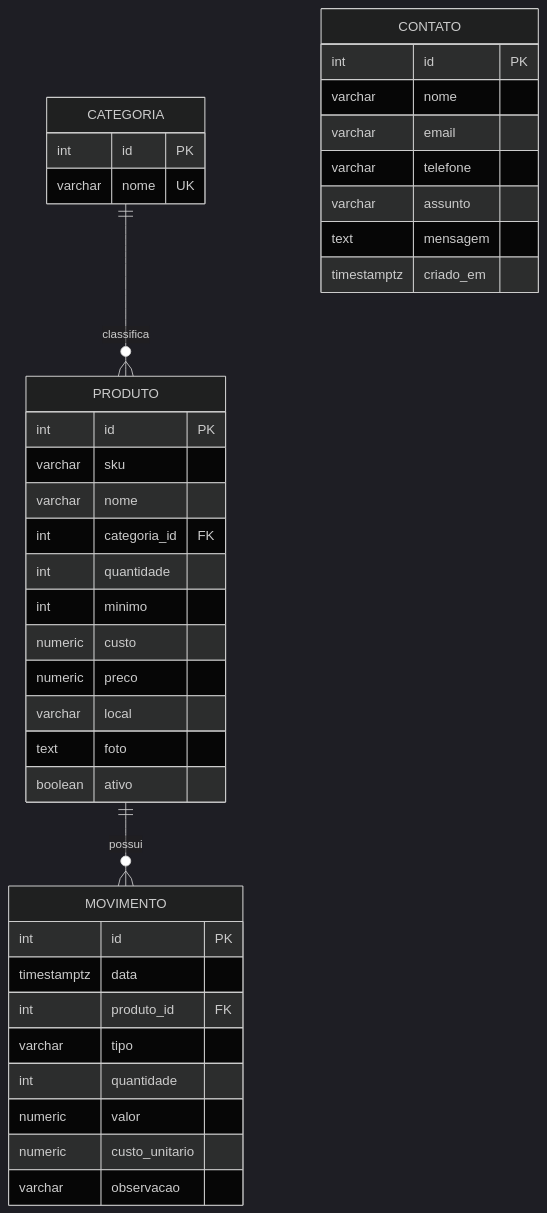
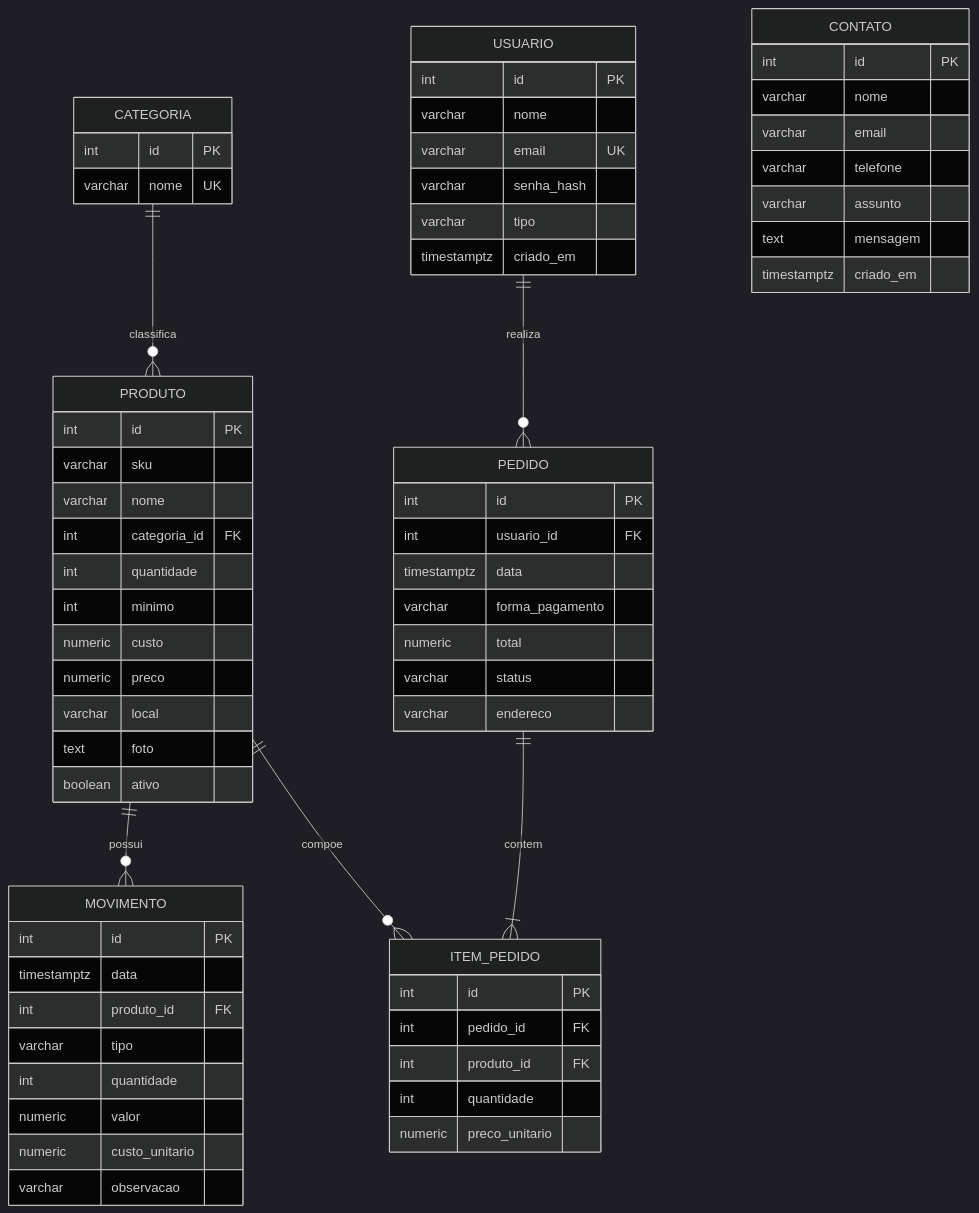
The diagram in docs/der.md (natanlira10/TecnoCaixa01), drawn with Mermaid (dark theme) before and after one commit. The commit also changed other lines of this file and 17 other files, not shown here.

````diff
--- a/docs/der.md
+++ b/docs/der.md
@@ -7,42 +7,69 @@
 ```mermaid
 erDiagram
     CATEGORIA ||--o{ PRODUTO : classifica
     PRODUTO   ||--o{ MOVIMENTO : possui
+    USUARIO   ||--o{ PEDIDO : realiza
+    PEDIDO    ||--|{ ITEM_PEDIDO : contem
+    PRODUTO   ||--o{ ITEM_PEDIDO : compoe
 
     CATEGORIA {
         int id PK
         varchar nome UK
     }
     PRODUTO {
         int id PK
         varchar sku
         varchar nome
         int categoria_id FK
         int quantidade
         int minimo
         numeric custo
         numeric preco
         varchar local
         text foto
         boolean ativo
     }
     MOVIMENTO {
         int id PK
         timestamptz data
         int produto_id FK
         varchar tipo
         int quantidade
         numeric valor
         numeric custo_unitario
         varchar observacao
     }
+    USUARIO {
+        int id PK
+        varchar nome
+        varchar email UK
+        varchar senha_hash
+        varchar tipo
+        timestamptz criado_em
+    }
+    PEDIDO {
+        int id PK
+        int usuario_id FK
+        timestamptz data
+        varchar forma_pagamento
+        numeric total
+        varchar status
+        varchar endereco
+    }
+    ITEM_PEDIDO {
+        int id PK
+        int pedido_id FK
+        int produto_id FK
+        int quantidade
+        numeric preco_unitario
+    }
     CONTATO {
         int id PK
         varchar nome
         varchar email
         varchar telefone
         varchar assunto
         text mensagem
         timestamptz criado_em
     }
 ```
````
